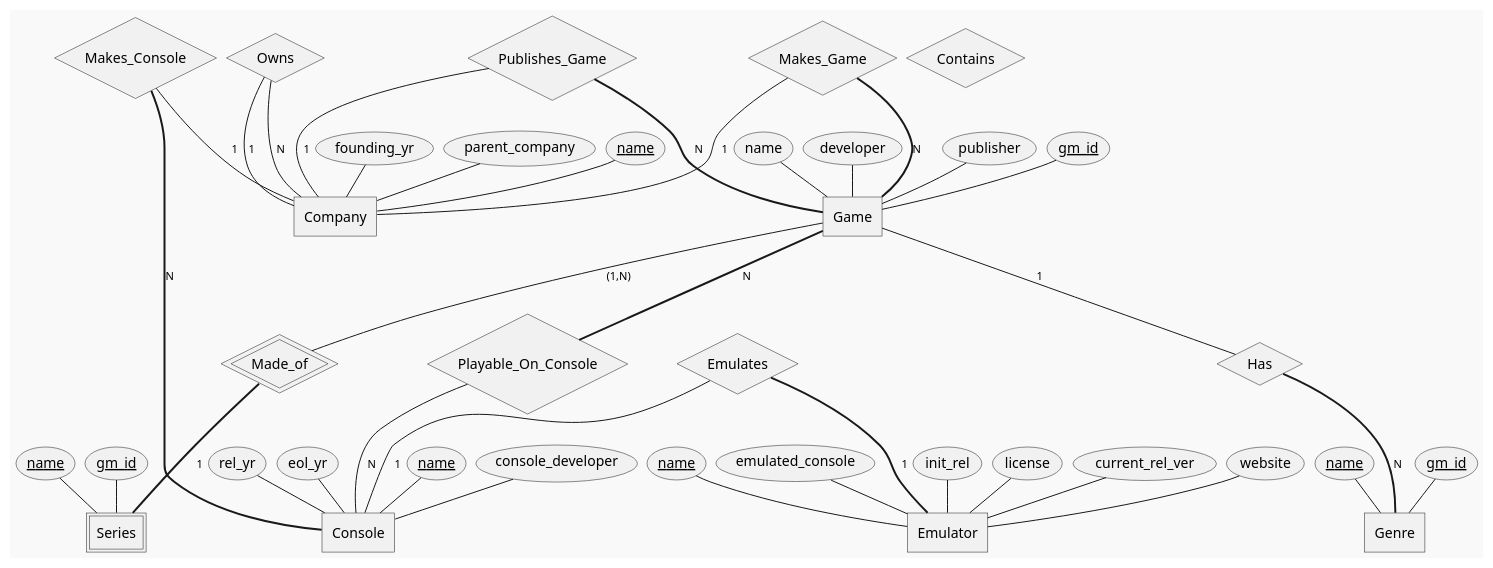
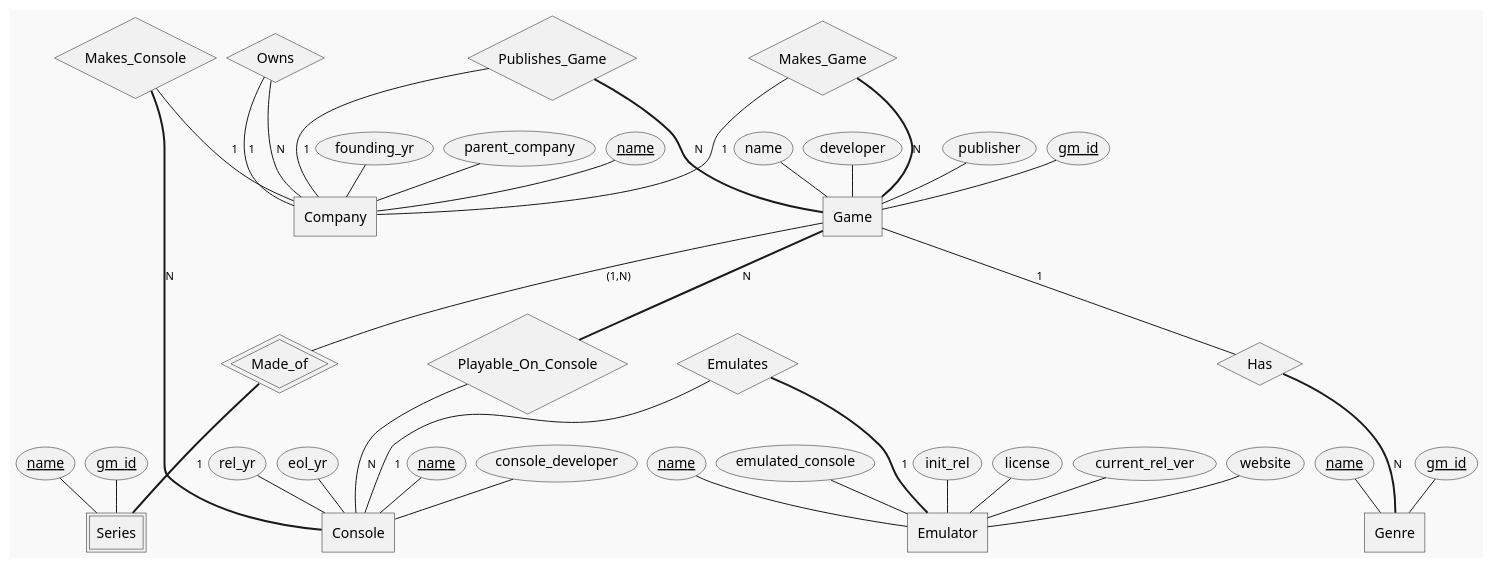
One commit to AndrewN20/CS4347-005-TeamSupremeVictory-main changed the diagram in eerDiagram3NF.plantuml. Above: the diagram before and after it, drawn with PlantUML.

Commit message:
Update eerDiagram3NF.plantuml
Removed unused Contains relation

```diff
--- a/eerDiagram3NF.plantuml
+++ b/eerDiagram3NF.plantuml
@@ -1,102 +1,100 @@
 @startchen
 !theme mars
 '!theme mono
 
 'vertical spacing
 skinparam ranksep 30
 'horizontal spacing
 skinparam nodesep 10  
 
 'entity definitions
 entity Game {
         'pk
         gm_id <<key>>
         name
         'fk
         developer
         'fk
         publisher
 }
 
 entity Series <<weak>> {
         name <<key>>
         gm_id <<key>>
 }
 
 entity Console {
         'pk
         name <<key>>
         'fk
         console_developer
         rel_yr
         eol_yr
 }
 
 entity Company{
         'pk
         name <<key>>
         founding_yr
         'fk
         parent_company
 }
 
 entity Emulator {
         'pk
         name <<key>>
         'fk
         emulated_console
         init_rel
         license
         current_rel_ver
         website
 }
 entity Genre {
 gm_id <<key>>
 name <<key>>
 }
 
 'relationship definitions
 relationship "Made_of" as MO <<identifying>> {
 }
 relationship "Makes_Game" as mg {
 }
 relationship "Publishes_Game" as pg {
 }
 relationship "Makes_Console" as mc {
 }
 relationship "Owns" as own {
 }
 relationship "Playable_On_Console" as ploc {
 }
 relationship Emulates {
 }
 relationship Has {
 }
-relationship Contains {
-}
 
 Game -(1,N)- MO
 MO =1= Series
 
 Game =N= ploc
 ploc -N- Console
 
 mg -1- Company
 mg =N= Game
 
 pg -1- Company
 pg =N= Game
 
 mc -1- Company
 mc =N= Console
 
 own -1- Company
 own -N- Company
 
 Emulates -1- Console
 Emulates =1= Emulator
 
 Game -1- Has
 Has =N= Genre
 
 @endchen
```
